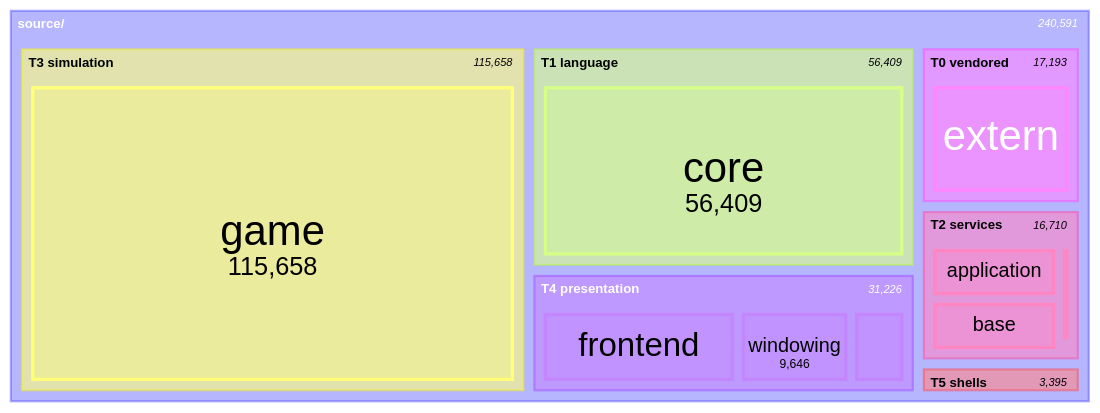
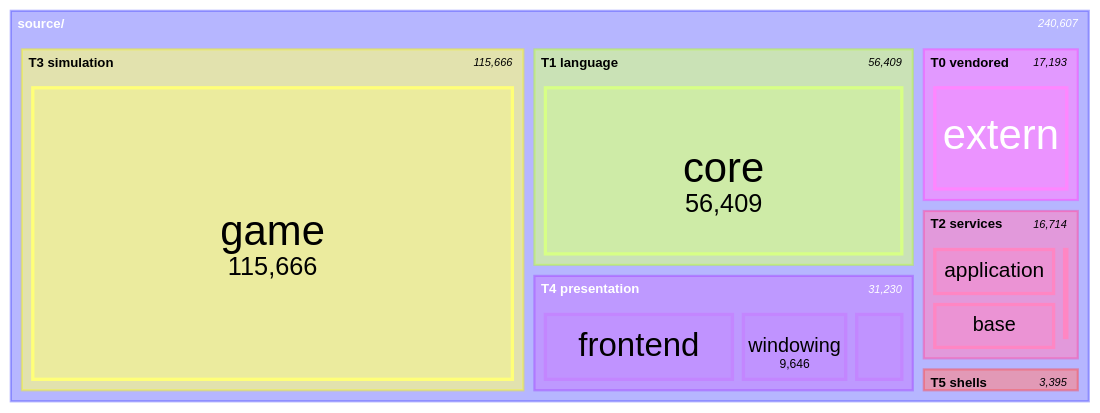
The seventh of 11 diagrams in docs/architecture/system-boundaries.md (apnex/OpenStarbound), drawn with Mermaid before and after one commit. The commit also changed other lines of this file and 9 other files, not shown here.

````diff
--- a/docs/architecture/system-boundaries.md
+++ b/docs/architecture/system-boundaries.md
@@ -592,22 +592,22 @@
 ```mermaid
 treemap-beta
 "source/"
     "T0 vendored"
         "extern": 17193
     "T1 language"
         "core": 56409
     "T2 services"
         "application": 7677
-        "base": 7468
+        "base": 7472
         "metrics": 1423
         "platform": 142
     "T3 simulation"
-        "game": 115658
+        "game": 115666
     "T4 presentation"
         "frontend": 16863
         "windowing": 9646
-        "rendering": 4717
+        "rendering": 4721
     "T5 shells"
         "client": 2612
         "server": 783
 ```
````
